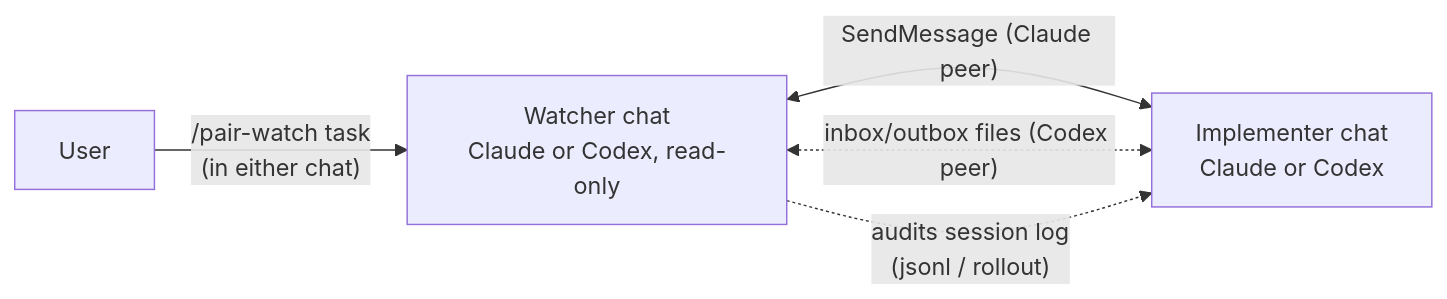
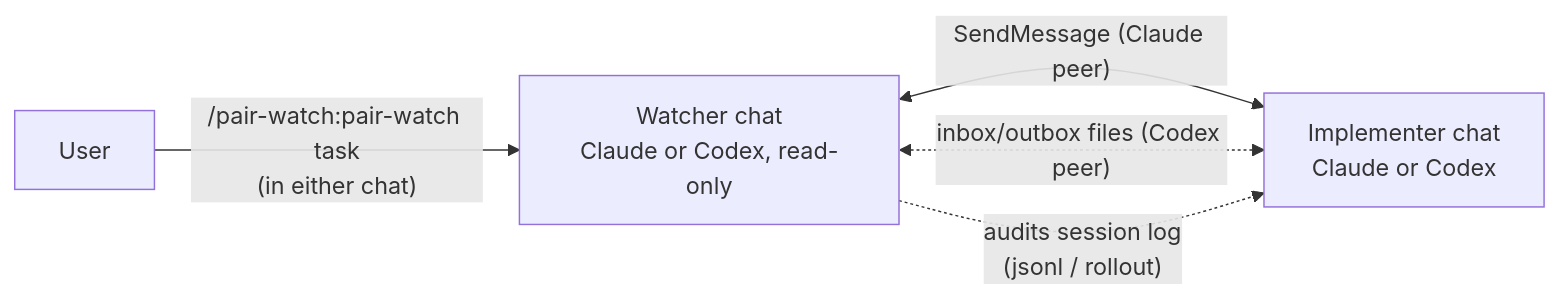
One commit to inakaegg/pair-watch changed the diagram in README.ja.md. Above: the diagram before and after it, drawn with Mermaid. The commit also changed other lines of this file and 6 other files, not shown here.

````diff
--- a/README.ja.md
+++ b/README.ja.md
@@ -7,7 +7,7 @@
 ```mermaid
 flowchart LR
-    U[User] -- "/pair-watch task<br/>(in either chat)" --> W[Watcher chat<br/>Claude or Codex, read-only]
+    U[User] -- "/pair-watch:pair-watch task<br/>(in either chat)" --> W[Watcher chat<br/>Claude or Codex, read-only]
     W <-- "SendMessage (Claude peer)" --> I[Implementer chat<br/>Claude or Codex]
     W <-. "inbox/outbox files (Codex peer)" .-> I
     W -. "audits session log<br/>(jsonl / rollout)" .-> I
 ```
````
